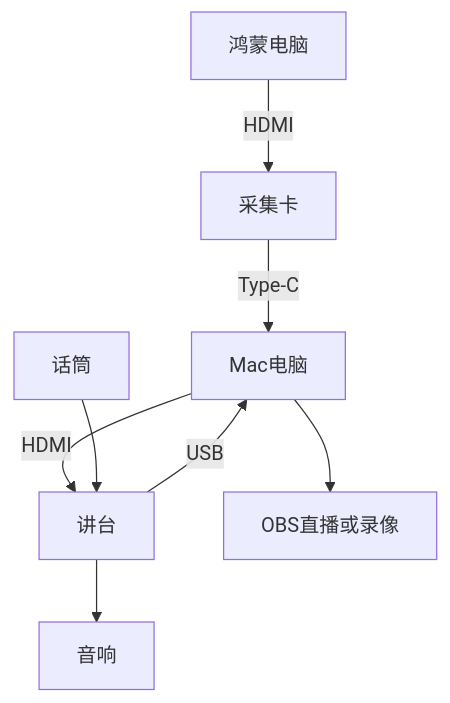
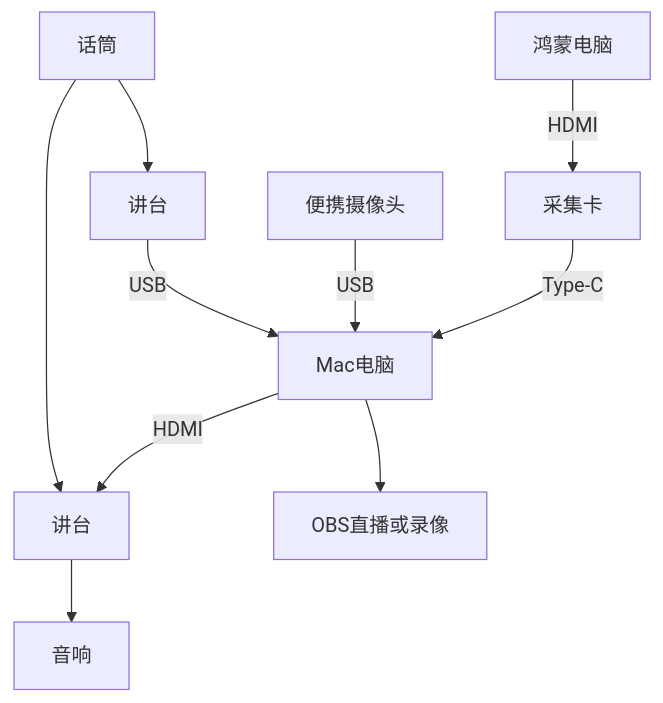
The fourth of 5 diagrams in docs/blog/posts/misc/classroom-routing.md (jiegec/blog-source), drawn with Mermaid before and after one commit. The commit also changed other lines of this file, not shown here.

````diff
--- a/docs/blog/posts/misc/classroom-routing.md
+++ b/docs/blog/posts/misc/classroom-routing.md
@@ -84,10 +86,12 @@
 ```mermaid
 flowchart TD
     鸿蒙电脑 -->|HDMI| 采集卡
     采集卡 -->|Type-C| Mac电脑
+    便携摄像头 -->|USB| Mac电脑
     Mac电脑 -->|HDMI| 讲台
     Mac电脑 --> OBS直播或录像
     话筒 --> 讲台
+    话筒 --> 讲台1[讲台]
     讲台 --> 音响
-    讲台 -->|USB| Mac电脑
+    讲台1 -->|USB| Mac电脑
 ```
````
